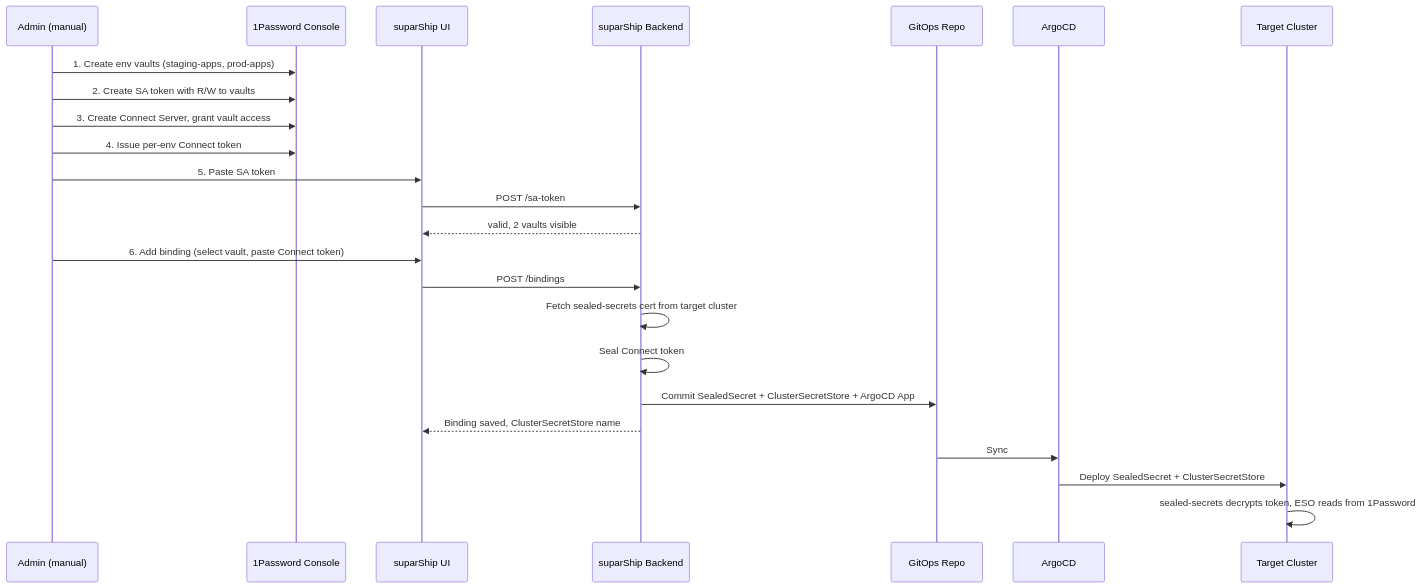
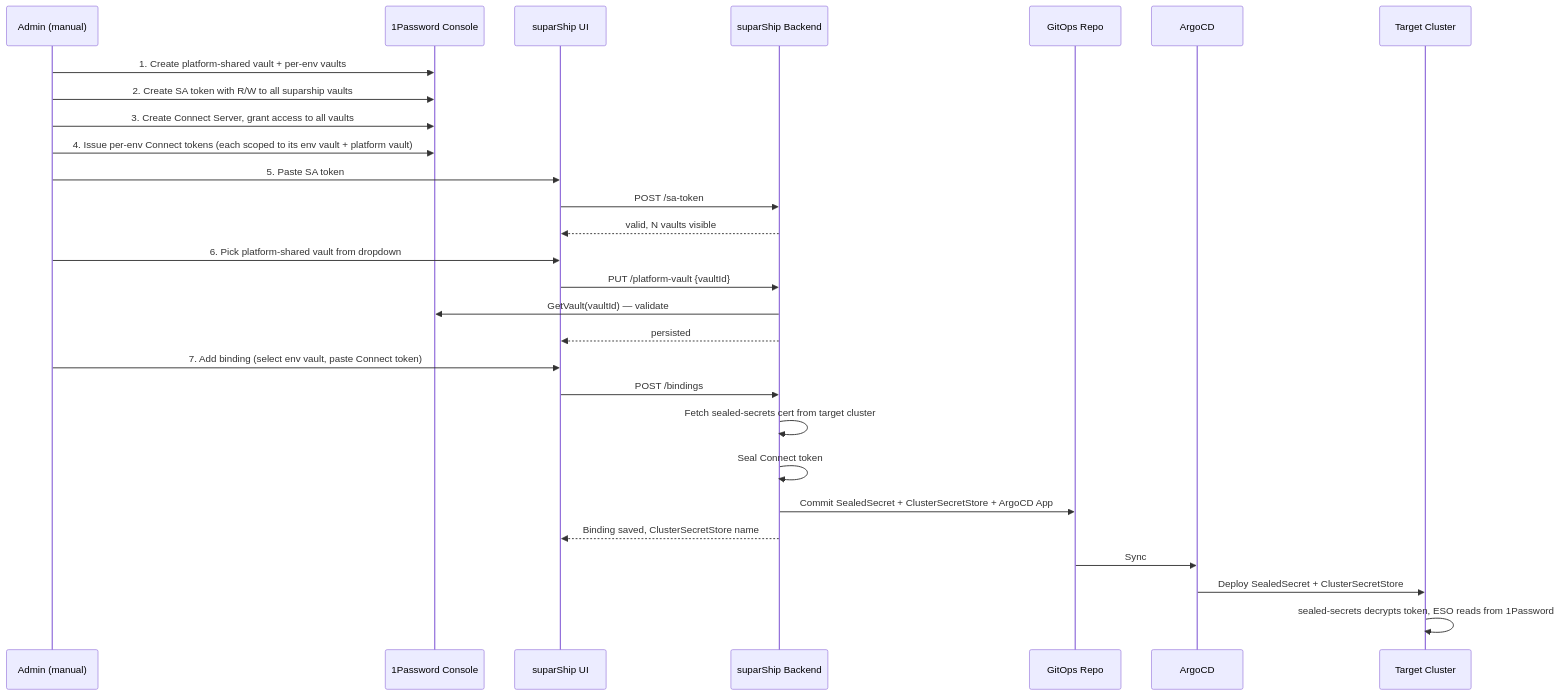
Before and after one commit to suparcloud/suparship: the first of 2 diagrams in docs/secrets.md, drawn with Mermaid. The commit also changed other lines of this file and 84 other files, not shown here.

Commit message:
feat(secrets): two-level namespace model + multi-scope platform-vault ESO (phases 1-4); promote-to-publish; migration UI & writer fixes

````diff
--- a/docs/secrets.md
+++ b/docs/secrets.md
@@ -15,27 +28,31 @@
 ```mermaid
 sequenceDiagram
     participant Admin as Admin (manual)
     participant OP as 1Password Console
     participant UI as suparShip UI
     participant API as suparShip Backend
     participant Git as GitOps Repo
     participant Argo as ArgoCD
     participant Target as Target Cluster
 
-    Admin->>OP: 1. Create env vaults (staging-apps, prod-apps)
-    Admin->>OP: 2. Create SA token with R/W to vaults
-    Admin->>OP: 3. Create Connect Server, grant vault access
-    Admin->>OP: 4. Issue per-env Connect token
+    Admin->>OP: 1. Create platform-shared vault + per-env vaults
+    Admin->>OP: 2. Create SA token with R/W to all suparship vaults
+    Admin->>OP: 3. Create Connect Server, grant access to all vaults
+    Admin->>OP: 4. Issue per-env Connect tokens (each scoped to its env vault + platform vault)
     Admin->>UI: 5. Paste SA token
     UI->>API: POST /sa-token
-    API-->>UI: valid, 2 vaults visible
-    Admin->>UI: 6. Add binding (select vault, paste Connect token)
+    API-->>UI: valid, N vaults visible
+    Admin->>UI: 6. Pick platform-shared vault from dropdown
+    UI->>API: PUT /platform-vault {vaultId}
+    API->>OP: GetVault(vaultId) — validate
+    API-->>UI: persisted
+    Admin->>UI: 7. Add binding (select env vault, paste Connect token)
     UI->>API: POST /bindings
     API->>API: Fetch sealed-secrets cert from target cluster
     API->>API: Seal Connect token
     API->>Git: Commit SealedSecret + ClusterSecretStore + ArgoCD App
     API-->>UI: Binding saved, ClusterSecretStore name
     Git->>Argo: Sync
     Argo->>Target: Deploy SealedSecret + ClusterSecretStore
     Target->>Target: sealed-secrets decrypts token, ESO reads from 1Password
 ```
````
